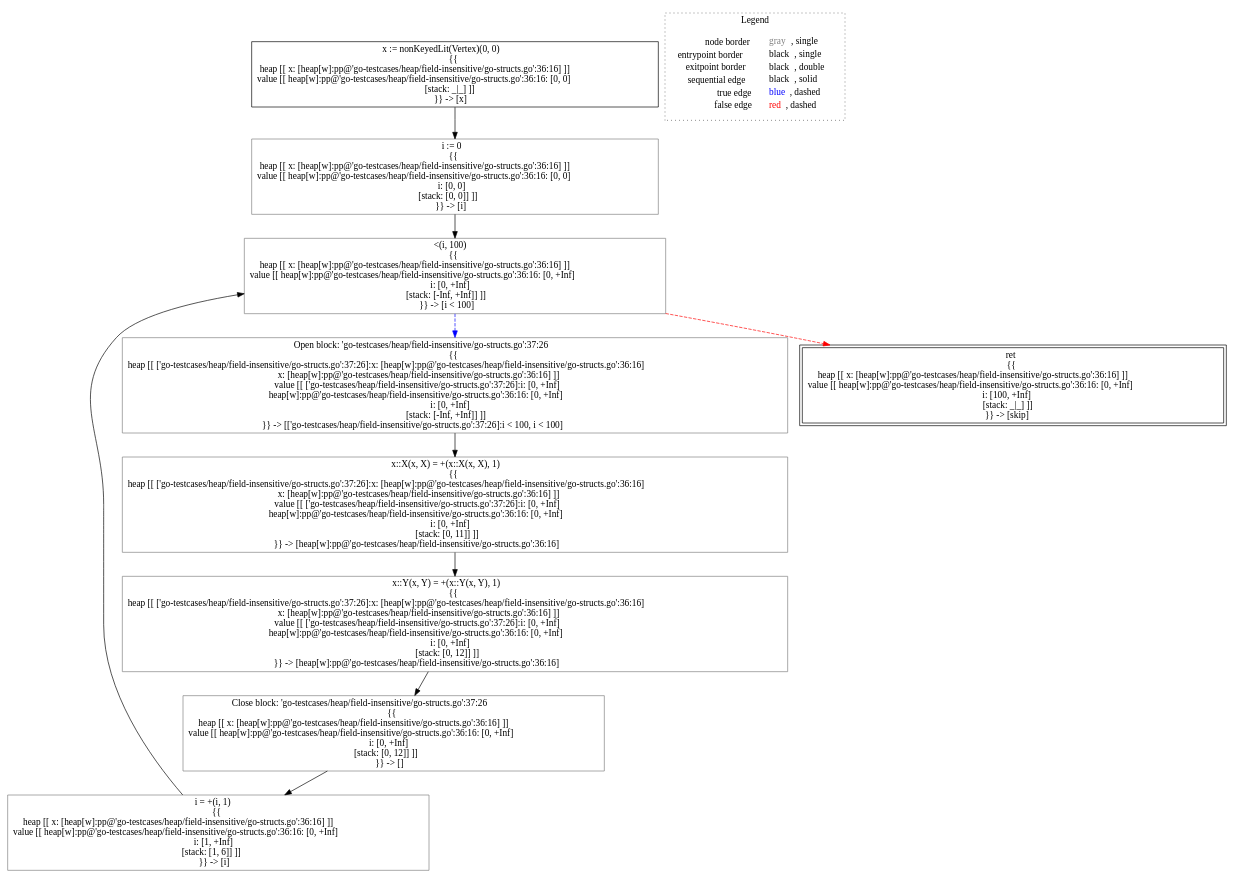
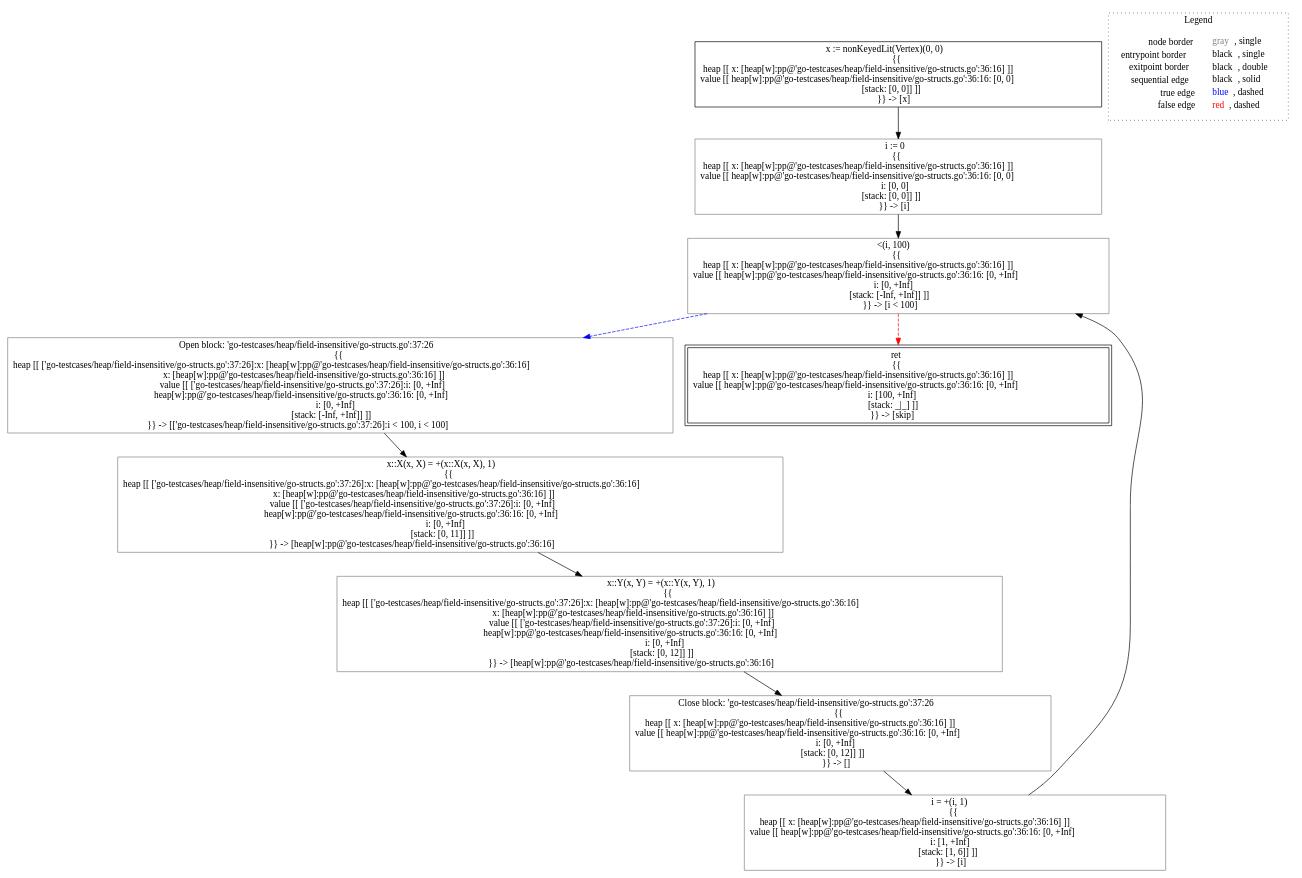
One commit to lisa-analyzer/go-lisa changed the diagram in go-lisa/go-testcases/heap/field-insensitive/analysis___untyped_main.forAlloc().dot. Above: the diagram before and after it, drawn with Graphviz. The commit also changed 63 other files, not shown here.

```diff
--- a/go-lisa/go-testcases/heap/field-insensitive/analysis___untyped_main.forAlloc().dot
+++ b/go-lisa/go-testcases/heap/field-insensitive/analysis___untyped_main.forAlloc().dot
@@ -1,27 +1,27 @@
 digraph {
-	"node0" [shape="rect",color="black",label=<x := nonKeyedLit(Vertex)(0, 0)<BR/>{{<BR/>heap [[ x: [heap[w]:pp@'go-testcases/heap/field-insensitive/go-structs.go':36:16] ]]<BR/>value [[ heap[w]:pp@'go-testcases/heap/field-insensitive/go-structs.go':36:16: [0, 0]<BR/>[stack: _|_] ]]<BR/>}} -&gt; [x]>];
-	"node1" [shape="rect",color="gray",label=<Close block: 'go-testcases/heap/field-insensitive/go-structs.go':37:26<BR/>{{<BR/>heap [[ x: [heap[w]:pp@'go-testcases/heap/field-insensitive/go-structs.go':36:16] ]]<BR/>value [[ heap[w]:pp@'go-testcases/heap/field-insensitive/go-structs.go':36:16: [0, +Inf]<BR/>i: [0, +Inf]<BR/>[stack: [0, 12]] ]]<BR/>}} -&gt; []>];
-	"node2" [shape="rect",color="gray",label=<i = +(i, 1)<BR/>{{<BR/>heap [[ x: [heap[w]:pp@'go-testcases/heap/field-insensitive/go-structs.go':36:16] ]]<BR/>value [[ heap[w]:pp@'go-testcases/heap/field-insensitive/go-structs.go':36:16: [0, +Inf]<BR/>i: [1, +Inf]<BR/>[stack: [1, 6]] ]]<BR/>}} -&gt; [i]>];
-	"node3" [shape="rect",color="gray",label=<i := 0<BR/>{{<BR/>heap [[ x: [heap[w]:pp@'go-testcases/heap/field-insensitive/go-structs.go':36:16] ]]<BR/>value [[ heap[w]:pp@'go-testcases/heap/field-insensitive/go-structs.go':36:16: [0, 0]<BR/>i: [0, 0]<BR/>[stack: [0, 0]] ]]<BR/>}} -&gt; [i]>];
-	"node4" [shape="rect",color="gray",label=<x::Y(x, Y) = +(x::Y(x, Y), 1)<BR/>{{<BR/>heap [[ ['go-testcases/heap/field-insensitive/go-structs.go':37:26]:x: [heap[w]:pp@'go-testcases/heap/field-insensitive/go-structs.go':36:16]<BR/>x: [heap[w]:pp@'go-testcases/heap/field-insensitive/go-structs.go':36:16] ]]<BR/>value [[ ['go-testcases/heap/field-insensitive/go-structs.go':37:26]:i: [0, +Inf]<BR/>heap[w]:pp@'go-testcases/heap/field-insensitive/go-structs.go':36:16: [0, +Inf]<BR/>i: [0, +Inf]<BR/>[stack: [0, 12]] ]]<BR/>}} -&gt; [heap[w]:pp@'go-testcases/heap/field-insensitive/go-structs.go':36:16]>];
-	"node5" [shape="rect",color="gray",label=<&lt;(i, 100)<BR/>{{<BR/>heap [[ x: [heap[w]:pp@'go-testcases/heap/field-insensitive/go-structs.go':36:16] ]]<BR/>value [[ heap[w]:pp@'go-testcases/heap/field-insensitive/go-structs.go':36:16: [0, +Inf]<BR/>i: [0, +Inf]<BR/>[stack: [-Inf, +Inf]] ]]<BR/>}} -&gt; [i &lt; 100]>];
-	"node6" [shape="rect",color="gray",label=<x::X(x, X) = +(x::X(x, X), 1)<BR/>{{<BR/>heap [[ ['go-testcases/heap/field-insensitive/go-structs.go':37:26]:x: [heap[w]:pp@'go-testcases/heap/field-insensitive/go-structs.go':36:16]<BR/>x: [heap[w]:pp@'go-testcases/heap/field-insensitive/go-structs.go':36:16] ]]<BR/>value [[ ['go-testcases/heap/field-insensitive/go-structs.go':37:26]:i: [0, +Inf]<BR/>heap[w]:pp@'go-testcases/heap/field-insensitive/go-structs.go':36:16: [0, +Inf]<BR/>i: [0, +Inf]<BR/>[stack: [0, 11]] ]]<BR/>}} -&gt; [heap[w]:pp@'go-testcases/heap/field-insensitive/go-structs.go':36:16]>];
+	"node0" [shape="rect",color="black",label=<x := nonKeyedLit(Vertex)(0, 0)<BR/>{{<BR/>heap [[ x: [heap[w]:pp@'go-testcases/heap/field-insensitive/go-structs.go':36:16] ]]<BR/>value [[ heap[w]:pp@'go-testcases/heap/field-insensitive/go-structs.go':36:16: [0, 0]<BR/>[stack: [0, 0]] ]]<BR/>}} -&gt; [x]>];
+	"node1" [shape="rect",color="gray",label=<x::X(x, X) = +(x::X(x, X), 1)<BR/>{{<BR/>heap [[ ['go-testcases/heap/field-insensitive/go-structs.go':37:26]:x: [heap[w]:pp@'go-testcases/heap/field-insensitive/go-structs.go':36:16]<BR/>x: [heap[w]:pp@'go-testcases/heap/field-insensitive/go-structs.go':36:16] ]]<BR/>value [[ ['go-testcases/heap/field-insensitive/go-structs.go':37:26]:i: [0, +Inf]<BR/>heap[w]:pp@'go-testcases/heap/field-insensitive/go-structs.go':36:16: [0, +Inf]<BR/>i: [0, +Inf]<BR/>[stack: [0, 11]] ]]<BR/>}} -&gt; [heap[w]:pp@'go-testcases/heap/field-insensitive/go-structs.go':36:16]>];
+	"node2" [shape="rect",color="gray",label=<Close block: 'go-testcases/heap/field-insensitive/go-structs.go':37:26<BR/>{{<BR/>heap [[ x: [heap[w]:pp@'go-testcases/heap/field-insensitive/go-structs.go':36:16] ]]<BR/>value [[ heap[w]:pp@'go-testcases/heap/field-insensitive/go-structs.go':36:16: [0, +Inf]<BR/>i: [0, +Inf]<BR/>[stack: [0, 12]] ]]<BR/>}} -&gt; []>];
+	"node3" [shape="rect",color="gray",label=<&lt;(i, 100)<BR/>{{<BR/>heap [[ x: [heap[w]:pp@'go-testcases/heap/field-insensitive/go-structs.go':36:16] ]]<BR/>value [[ heap[w]:pp@'go-testcases/heap/field-insensitive/go-structs.go':36:16: [0, +Inf]<BR/>i: [0, +Inf]<BR/>[stack: [-Inf, +Inf]] ]]<BR/>}} -&gt; [i &lt; 100]>];
+	"node4" [shape="rect",color="gray",label=<i := 0<BR/>{{<BR/>heap [[ x: [heap[w]:pp@'go-testcases/heap/field-insensitive/go-structs.go':36:16] ]]<BR/>value [[ heap[w]:pp@'go-testcases/heap/field-insensitive/go-structs.go':36:16: [0, 0]<BR/>i: [0, 0]<BR/>[stack: [0, 0]] ]]<BR/>}} -&gt; [i]>];
+	"node5" [shape="rect",color="gray",label=<i = +(i, 1)<BR/>{{<BR/>heap [[ x: [heap[w]:pp@'go-testcases/heap/field-insensitive/go-structs.go':36:16] ]]<BR/>value [[ heap[w]:pp@'go-testcases/heap/field-insensitive/go-structs.go':36:16: [0, +Inf]<BR/>i: [1, +Inf]<BR/>[stack: [1, 6]] ]]<BR/>}} -&gt; [i]>];
+	"node6" [shape="rect",color="gray",label=<x::Y(x, Y) = +(x::Y(x, Y), 1)<BR/>{{<BR/>heap [[ ['go-testcases/heap/field-insensitive/go-structs.go':37:26]:x: [heap[w]:pp@'go-testcases/heap/field-insensitive/go-structs.go':36:16]<BR/>x: [heap[w]:pp@'go-testcases/heap/field-insensitive/go-structs.go':36:16] ]]<BR/>value [[ ['go-testcases/heap/field-insensitive/go-structs.go':37:26]:i: [0, +Inf]<BR/>heap[w]:pp@'go-testcases/heap/field-insensitive/go-structs.go':36:16: [0, +Inf]<BR/>i: [0, +Inf]<BR/>[stack: [0, 12]] ]]<BR/>}} -&gt; [heap[w]:pp@'go-testcases/heap/field-insensitive/go-structs.go':36:16]>];
 	"node7" [shape="rect",color="gray",label=<Open block: 'go-testcases/heap/field-insensitive/go-structs.go':37:26<BR/>{{<BR/>heap [[ ['go-testcases/heap/field-insensitive/go-structs.go':37:26]:x: [heap[w]:pp@'go-testcases/heap/field-insensitive/go-structs.go':36:16]<BR/>x: [heap[w]:pp@'go-testcases/heap/field-insensitive/go-structs.go':36:16] ]]<BR/>value [[ ['go-testcases/heap/field-insensitive/go-structs.go':37:26]:i: [0, +Inf]<BR/>heap[w]:pp@'go-testcases/heap/field-insensitive/go-structs.go':36:16: [0, +Inf]<BR/>i: [0, +Inf]<BR/>[stack: [-Inf, +Inf]] ]]<BR/>}} -&gt; [['go-testcases/heap/field-insensitive/go-structs.go':37:26]:i &lt; 100, i &lt; 100]>];
 	"node8" [shape="rect",color="black",peripheries="2",label=<ret<BR/>{{<BR/>heap [[ x: [heap[w]:pp@'go-testcases/heap/field-insensitive/go-structs.go':36:16] ]]<BR/>value [[ heap[w]:pp@'go-testcases/heap/field-insensitive/go-structs.go':36:16: [0, +Inf]<BR/>i: [100, +Inf]<BR/>[stack: _|_] ]]<BR/>}} -&gt; [skip]>];
-	"node0" -> "node3" [color="black"];
-	"node1" -> "node2" [color="black"];
+	"node1" -> "node6" [color="black"];
 	"node2" -> "node5" [color="black"];
-	"node3" -> "node5" [color="black"];
-	"node4" -> "node1" [color="black"];
-	"node5" -> "node7" [color="blue",style="dashed"];
-	"node5" -> "node8" [color="red",style="dashed"];
-	"node6" -> "node4" [color="black"];
-	"node7" -> "node6" [color="black"];
+	"node0" -> "node4" [color="black"];
+	"node3" -> "node7" [color="blue",style="dashed"];
+	"node3" -> "node8" [color="red",style="dashed"];
+	"node4" -> "node3" [color="black"];
+	"node5" -> "node3" [color="black"];
+	"node6" -> "node2" [color="black"];
+	"node7" -> "node1" [color="black"];
 subgraph cluster_legend {
 	label="Legend";
 	style=dotted;
 	node [shape=plaintext];
 	"legend" [label=<<table border="0" cellpadding="2" cellspacing="0" cellborder="0"><tr><td align="right">node border&nbsp;</td><td align="left"><font color="gray">gray</font>, single</td></tr><tr><td align="right">entrypoint border&nbsp;</td><td align="left"><font color="black">black</font>, single</td></tr><tr><td align="right">exitpoint border&nbsp;</td><td align="left"><font color="black">black</font>, double</td></tr><tr><td align="right">sequential edge&nbsp;</td><td align="left"><font color="black">black</font>, solid</td></tr><tr><td align="right">true edge&nbsp;</td><td align="left"><font color="blue">blue</font>, dashed</td></tr><tr><td align="right">false edge&nbsp;</td><td align="left"><font color="red">red</font>, dashed</td></tr></table>>];
 }
 
 }
```
